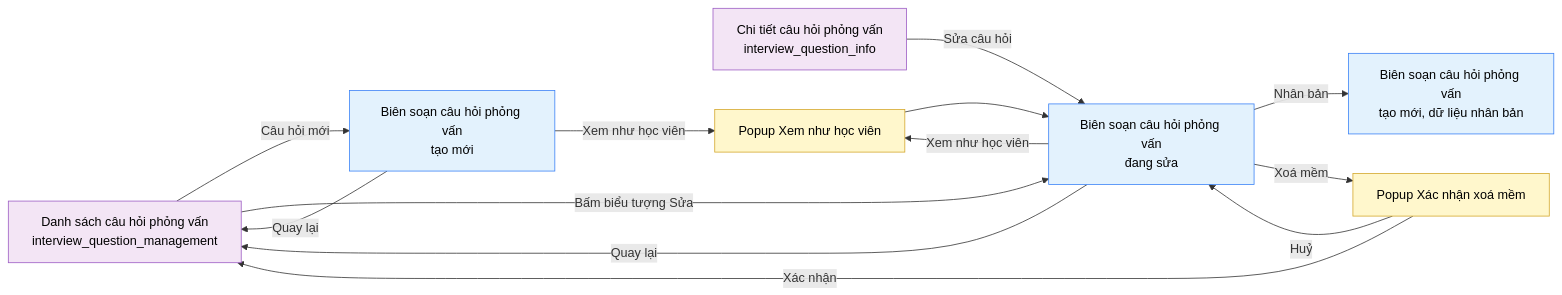
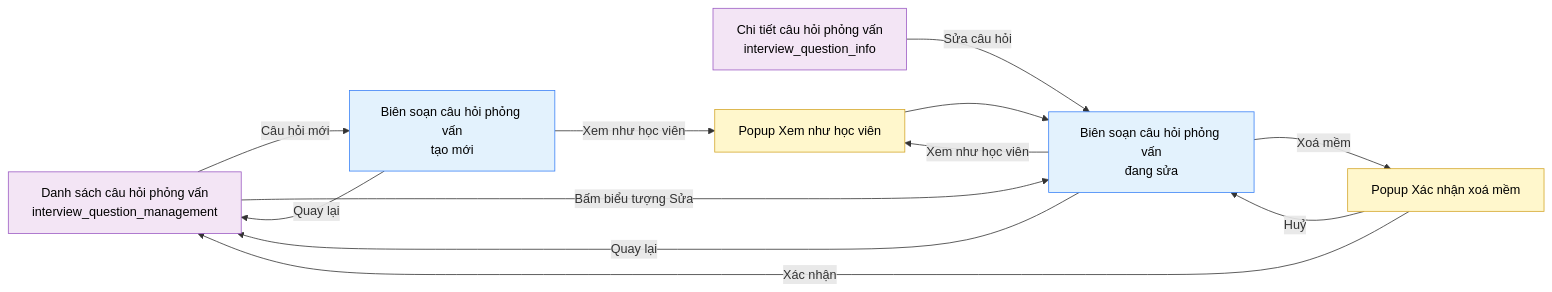
The diagram in 02-bd/screens/shared/SHR0302_interview_question_authoring.md (daiphu1801/PRJ_ALGOPREP), drawn with Mermaid before and after one commit. The commit also changed other lines of this file and 373 other files, not shown here.

````diff
--- a/02-bd/screens/shared/SHR0302_interview_question_authoring.md
+++ b/02-bd/screens/shared/SHR0302_interview_question_authoring.md
@@ -218,23 +206,22 @@
 ```mermaid
 flowchart LR
     list["Danh sách câu hỏi phỏng vấn<br/>interview_question_management"] -->|"Câu hỏi mới"| createNew["Biên soạn câu hỏi phỏng vấn<br/>tạo mới"]
     list -->|"Bấm biểu tượng Sửa"| editExisting["Biên soạn câu hỏi phỏng vấn<br/>đang sửa"]
     info["Chi tiết câu hỏi phỏng vấn<br/>interview_question_info"] -->|"Sửa câu hỏi"| editExisting
     createNew -->|"Quay lại"| list
     editExisting -->|"Quay lại"| list
-    editExisting -->|"Nhân bản"| dupNew["Biên soạn câu hỏi phỏng vấn<br/>tạo mới, dữ liệu nhân bản"]
     editExisting -->|"Xoá mềm"| confirmDelete["Popup Xác nhận xoá mềm"]
     confirmDelete -->|"Xác nhận"| list
     confirmDelete -->|"Huỷ"| editExisting
     createNew -->|"Xem như học viên"| preview["Popup Xem như học viên"]
     editExisting -->|"Xem như học viên"| preview
     preview --> editExisting
 
     classDef source fill:#F3E5F5,stroke:#9C5CC4,color:#000
     classDef screen fill:#E3F2FD,stroke:#3B82F6,color:#000
     classDef popup fill:#FFF7CC,stroke:#D4A72C,color:#000
 
     class list,info source
-    class createNew,editExisting,dupNew screen
+    class createNew,editExisting screen
     class confirmDelete,preview popup
 ```
````
